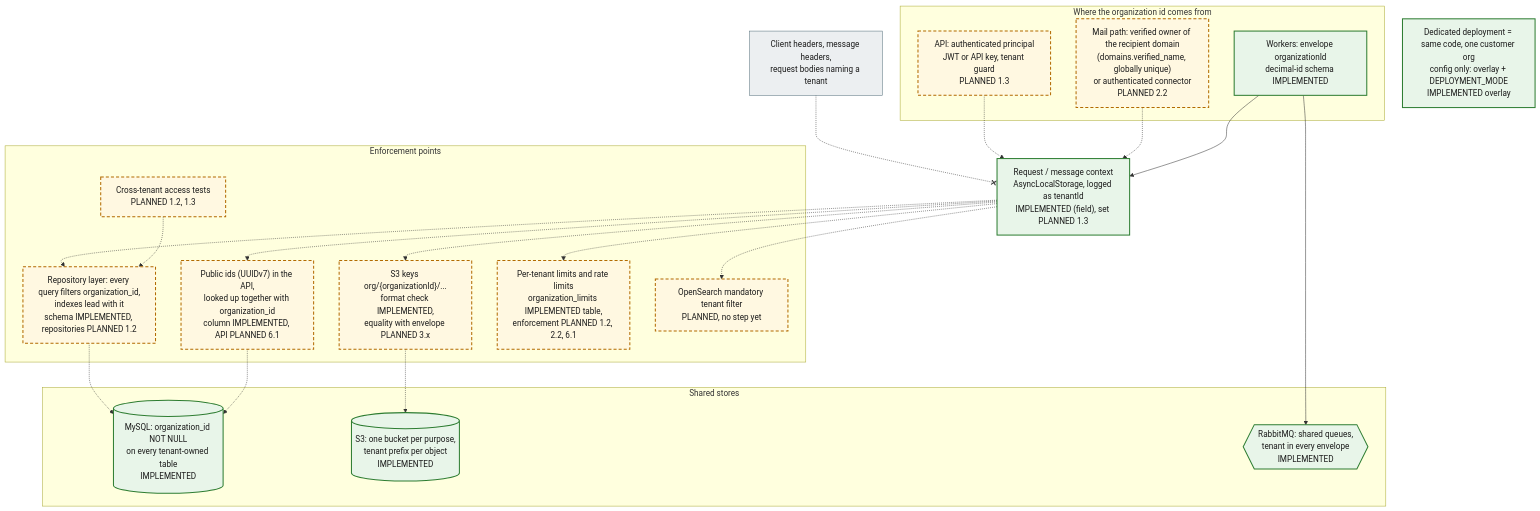
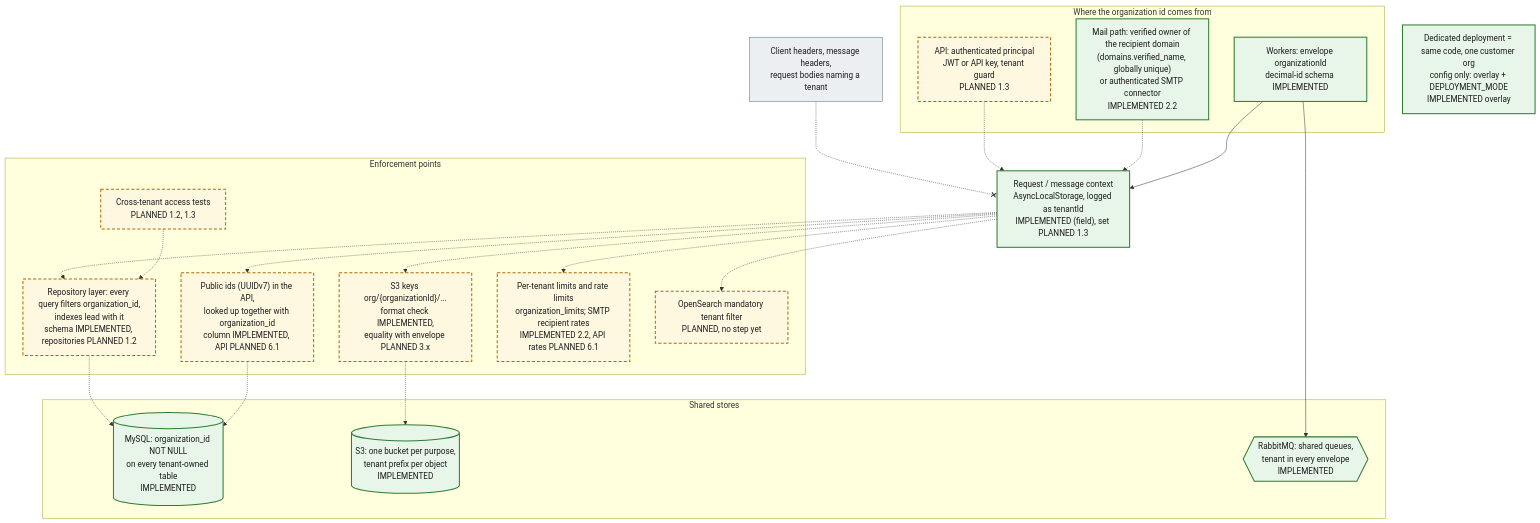
One commit to mnnitsarvesh-ai/email-gateway changed the diagram in docs/architecture/diagrams/13-multi-tenant-isolation.md. Above: the diagram before and after it, drawn with Mermaid. The commit also changed other lines of this file and 282 other files, not shown here.

````diff
--- a/docs/architecture/diagrams/13-multi-tenant-isolation.md
+++ b/docs/architecture/diagrams/13-multi-tenant-isolation.md
@@ -5,48 +5,48 @@
 ```mermaid
 flowchart TB
   classDef impl fill:#e8f5e9,stroke:#2e7d32,stroke-width:2px,color:#1b1b1b
   classDef planned fill:#fff8e1,stroke:#b26a00,stroke-width:2px,stroke-dasharray:6 4,color:#1b1b1b
   classDef ext fill:#eceff1,stroke:#546e7a,stroke-width:1px,color:#1b1b1b
 
   hdr["Client headers, message headers,<br/>request bodies naming a tenant"]:::ext
 
   subgraph sources["Where the organization id comes from"]
     auth["API: authenticated principal<br/>JWT or API key, tenant guard<br/>PLANNED 1.3"]:::planned
-    mail["Mail path: verified owner of the recipient domain<br/>(domains.verified_name, globally unique)<br/>or authenticated connector<br/>PLANNED 2.2"]:::planned
+    mail["Mail path: verified owner of the recipient domain<br/>(domains.verified_name, globally unique)<br/>or authenticated SMTP connector<br/>IMPLEMENTED 2.2"]:::impl
     env["Workers: envelope organizationId<br/>decimal-id schema IMPLEMENTED"]:::impl
   end
 
   ctx["Request / message context<br/>AsyncLocalStorage, logged as tenantId<br/>IMPLEMENTED (field), set PLANNED 1.3"]:::impl
 
   subgraph enforce["Enforcement points"]
     repo["Repository layer: every query filters organization_id,<br/>indexes lead with it<br/>schema IMPLEMENTED, repositories PLANNED 1.2"]:::planned
     pub["Public ids (UUIDv7) in the API,<br/>looked up together with organization_id<br/>column IMPLEMENTED, API PLANNED 6.1"]:::planned
     s3p["S3 keys org/{organizationId}/...<br/>format check IMPLEMENTED,<br/>equality with envelope PLANNED 3.x"]:::planned
-    lim["Per-tenant limits and rate limits<br/>organization_limits IMPLEMENTED table,<br/>enforcement PLANNED 1.2, 2.2, 6.1"]:::planned
+    lim["Per-tenant limits and rate limits<br/>organization_limits; SMTP recipient rates<br/>IMPLEMENTED 2.2, API rates PLANNED 6.1"]:::planned
     search["OpenSearch mandatory tenant filter<br/>PLANNED, no step yet"]:::planned
     xt["Cross-tenant access tests<br/>PLANNED 1.2, 1.3"]:::planned
   end
 
   subgraph stores["Shared stores"]
     db[("MySQL: organization_id NOT NULL<br/>on every tenant-owned table<br/>IMPLEMENTED")]:::impl
     s3[("S3: one bucket per purpose,<br/>tenant prefix per object<br/>IMPLEMENTED")]:::impl
     mq{{"RabbitMQ: shared queues,<br/>tenant in every envelope<br/>IMPLEMENTED"}}:::impl
   end
 
   ded["Dedicated deployment = same code, one customer org<br/>config only: overlay + DEPLOYMENT_MODE<br/>IMPLEMENTED overlay"]:::impl
 
   hdr -.-x ctx
   auth -.-> ctx
   mail -.-> ctx
   env --> ctx
   ctx -.-> repo
   ctx -.-> pub
   ctx -.-> s3p
   ctx -.-> lim
   ctx -.-> search
   repo -.-> db
   pub -.-> db
   s3p -.-> s3
   env --> mq
   xt -.-> repo
 ```
````
